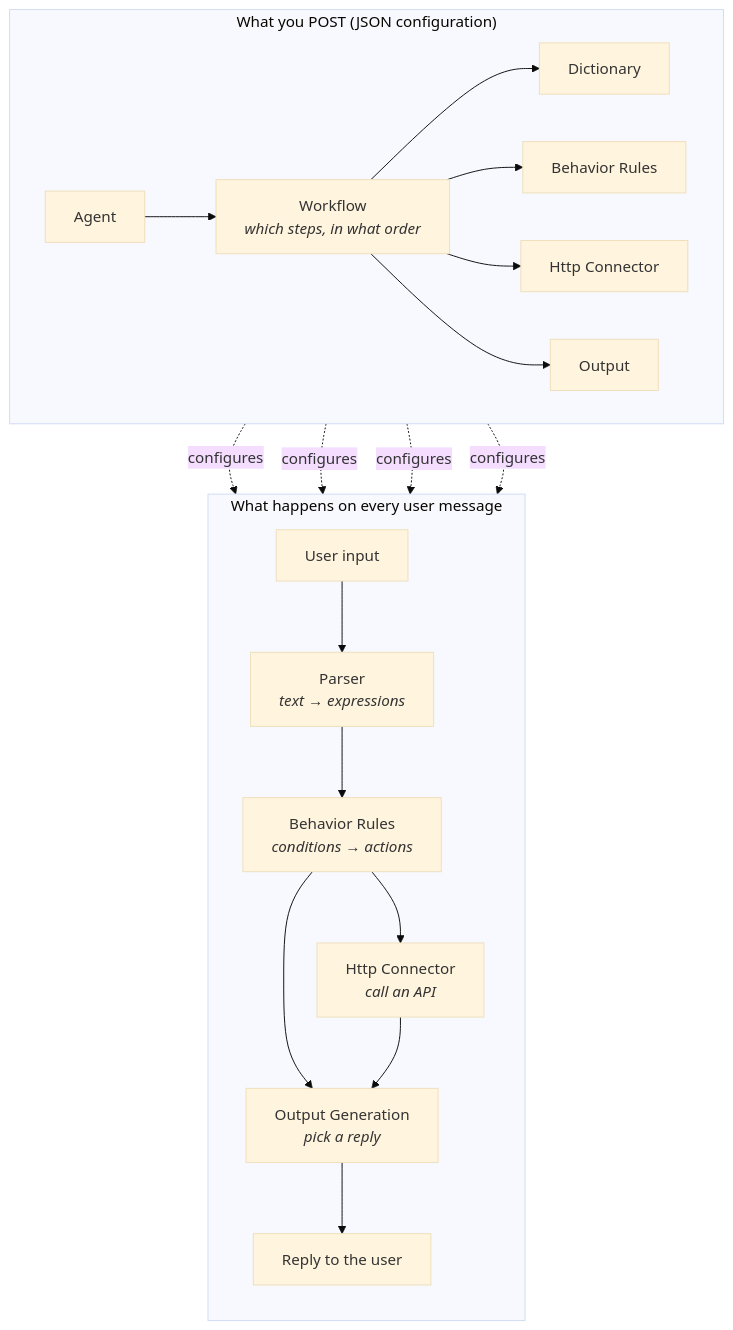
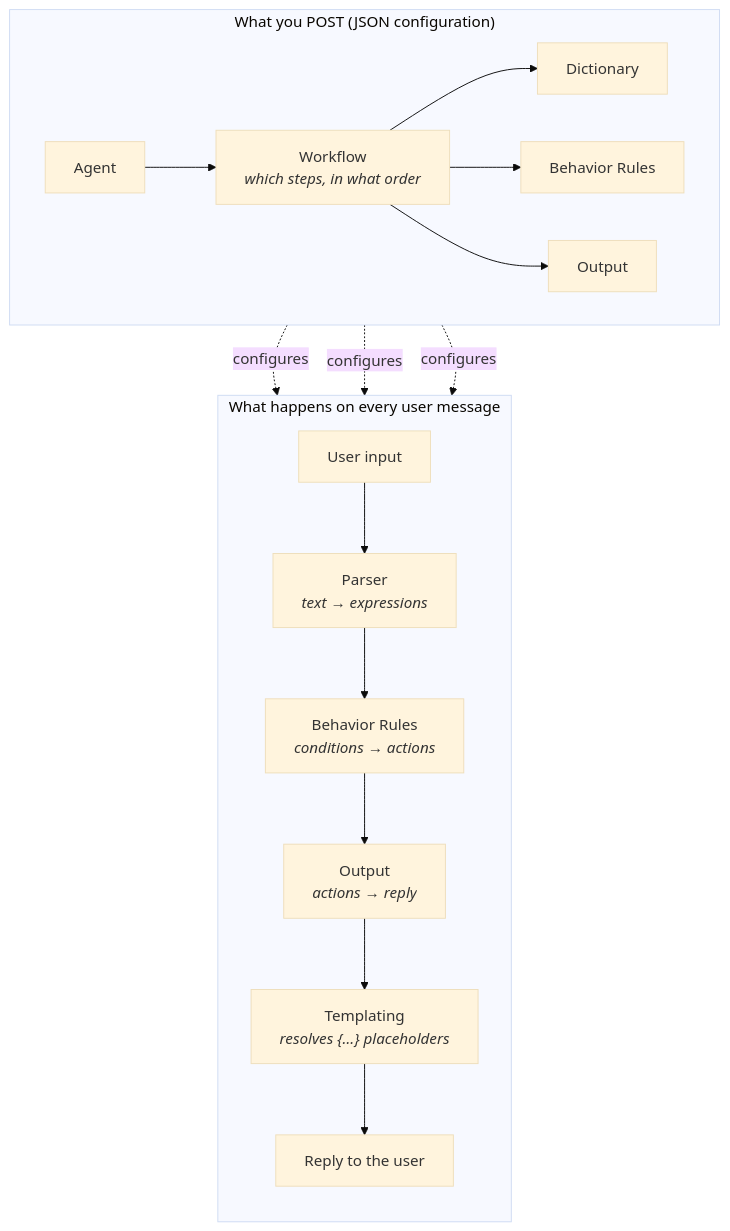
The diagram in docs/creating-your-first-agent/README.md (labsai/EDDI), drawn with Mermaid (base theme) before and after one commit. The commit also changed other lines of this file and 26 other files, not shown here.

````diff
--- a/docs/creating-your-first-agent/README.md
+++ b/docs/creating-your-first-agent/README.md
@@ -13,26 +24,23 @@
 ```mermaid
 flowchart TD
     subgraph cfg ["What you POST (JSON configuration)"]
         direction LR
         A["Agent"] --> W["Workflow<br/><i>which steps, in what order</i>"]
         W --> D["Dictionary"]
         W --> B["Behavior Rules"]
-        W --> H["Http Connector"]
         W --> O["Output"]
     end
 
     subgraph run ["What happens on every user message"]
         direction TB
         I["User input"] --> P["Parser<br/><i>text → expressions</i>"]
         P --> R["Behavior Rules<br/><i>conditions → actions</i>"]
-        R --> C["Http Connector<br/><i>call an API</i>"]
-        R --> G["Output Generation<br/><i>pick a reply</i>"]
-        C --> G
-        G --> Resp["Reply to the user"]
+        R --> G["Output<br/><i>actions → reply</i>"]
+        G --> T["Templating<br/><i>resolves {…} placeholders</i>"]
+        T --> Resp["Reply to the user"]
     end
 
     D -.configures.-> P
     B -.configures.-> R
-    H -.configures.-> C
     O -.configures.-> G
 ```
````
